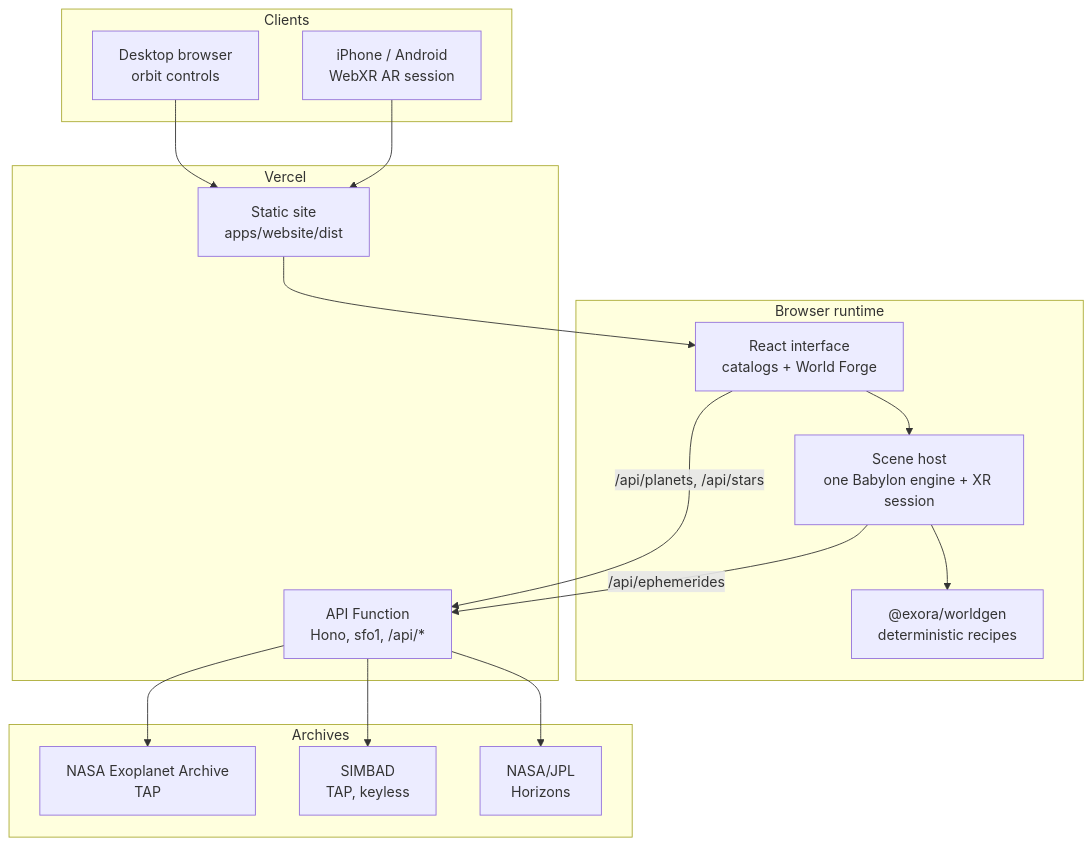
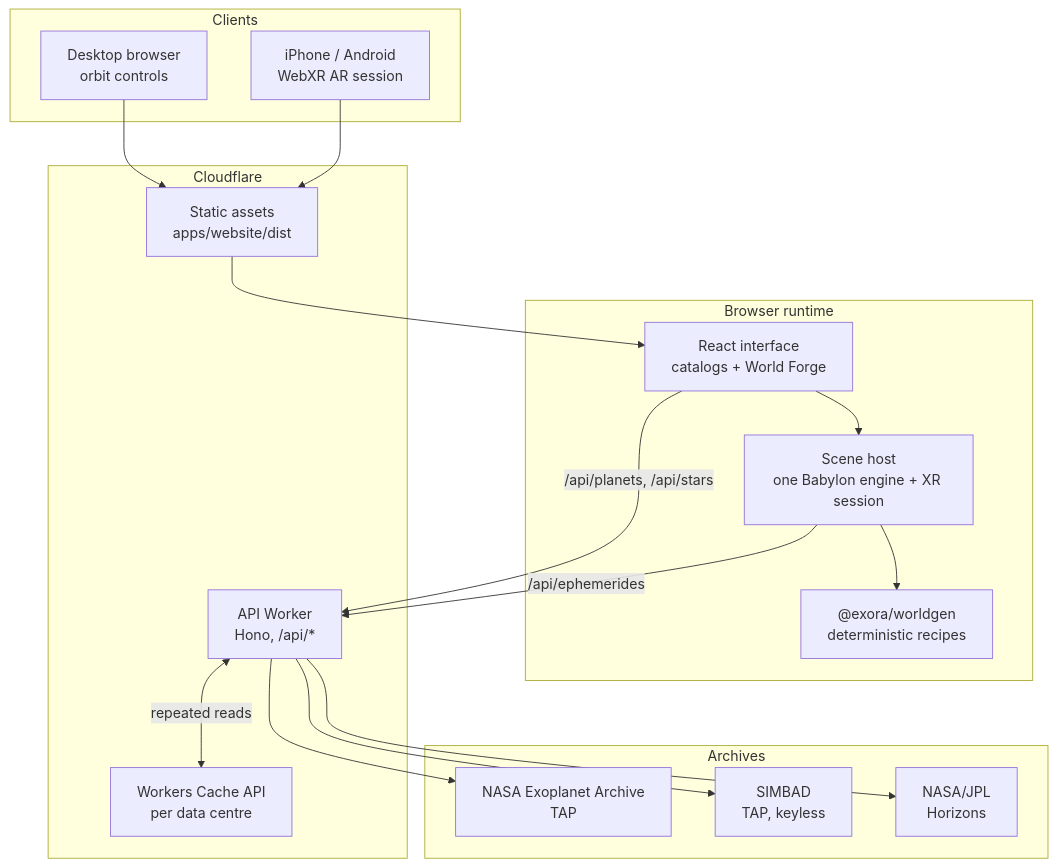
One commit to voltcrash/exora changed the diagram in README.md. Above: the diagram before and after it, drawn with Mermaid. The commit also changed other lines of this file and 5 other files, not shown here.

First line of the commit message:
docs: describe the Cloudflare Worker deployment and portable hosting

````diff
--- a/README.md
+++ b/README.md
@@ -177,37 +200,39 @@
 ```mermaid
 flowchart TB
     subgraph Clients
         Desktop["Desktop browser<br/>orbit controls"]
         Phone["iPhone / Android<br/>WebXR AR session"]
     end
 
     subgraph Browser["Browser runtime"]
         UI["React interface<br/>catalogs + World Forge"]
         Host["Scene host<br/>one Babylon engine + XR session"]
         Worldgen["@exora/worldgen<br/>deterministic recipes"]
     end
 
-    subgraph Vercel["Vercel"]
-        Static["Static site<br/>apps/website/dist"]
-        Fn["API Function<br/>Hono, sfo1, /api/*"]
+    subgraph Cloudflare["Cloudflare"]
+        Static["Static assets<br/>apps/website/dist"]
+        Fn["API Worker<br/>Hono, /api/*"]
+        Edge["Workers Cache API<br/>per data centre"]
     end
 
     subgraph Archives["Archives"]
         NASA["NASA Exoplanet Archive<br/>TAP"]
         SIMBAD["SIMBAD<br/>TAP, keyless"]
         JPL["NASA/JPL<br/>Horizons"]
     end
 
     Desktop --> Static
     Phone --> Static
     Static --> UI
     UI --> Host
     Host --> Worldgen
 
     UI -->|/api/planets, /api/stars| Fn
     Host -->|/api/ephemerides| Fn
+    Fn <-->|repeated reads| Edge
 
     Fn --> NASA
     Fn --> SIMBAD
     Fn --> JPL
 ```
````
